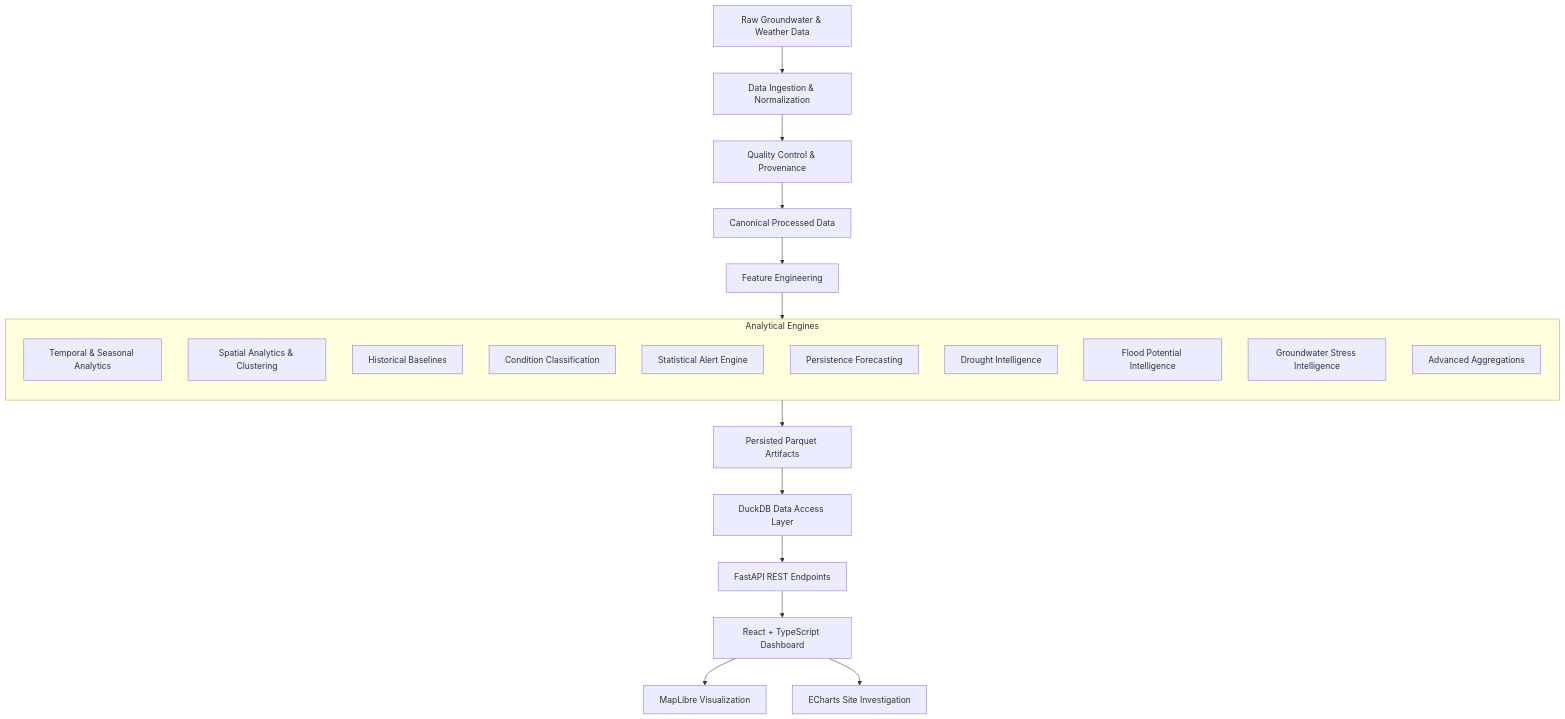
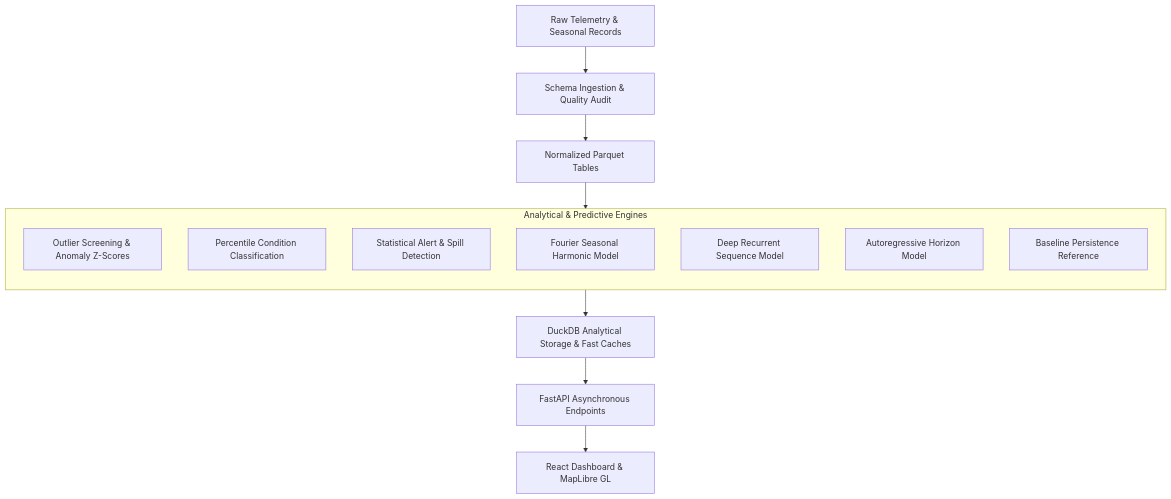
The diagram in README.md (SSujal-Pawarr/groundwater), drawn with Mermaid before and after one commit. The commit also changed other lines of this file and 44 other files, not shown here.

````diff
--- a/README.md
+++ b/README.md
@@ -109,31 +69,21 @@
 ```mermaid
 flowchart TB
-    RAW_DATA[Raw Groundwater & Weather Data] --> INGESTION[Data Ingestion & Normalization]
-    INGESTION --> QUALITY[Quality Control & Provenance]
-    QUALITY --> PROCESSED[Canonical Processed Data]
-    PROCESSED --> FEATURES[Feature Engineering]
+    RAW[Raw Telemetry & Seasonal Records] --> INGEST[Schema Ingestion & Quality Audit]
+    INGEST --> NORM[Normalized Parquet Tables]
+    NORM --> ENGINES
     
-    FEATURES --> AE_SUB
-    
-    subgraph AE_SUB [Analytical Engines]
+    subgraph ENGINES [Analytical & Predictive Engines]
         direction TB
-        TEMP[Temporal & Seasonal Analytics]
-        SPATIAL[Spatial Analytics & Clustering]
-        BASE[Historical Baselines]
-        COND[Condition Classification]
-        ALERT[Statistical Alert Engine]
-        PERSIST[Persistence Forecasting]
-        DROUGHT[Drought Intelligence]
-        FLOOD[Flood Potential Intelligence]
-        STRESS[Groundwater Stress Intelligence]
-        ADV[Advanced Aggregations]
+        QC[Outlier Screening & Anomaly Z-Scores]
+        COND[Percentile Condition Classification]
+        ALERTS[Statistical Alert & Spill Detection]
+        HARM[Fourier Seasonal Harmonic Model]
+        LSTM[Deep Recurrent Sequence Model]
+        CHAIN[Autoregressive Horizon Model]
+        PERSIST[Baseline Persistence Reference]
     end
     
-    AE_SUB --> ARTIFACTS[Persisted Parquet Artifacts]
-    ARTIFACTS --> DUCKDB[DuckDB Data Access Layer]
-    DUCKDB --> FASTAPI[FastAPI REST Endpoints]
-    FASTAPI --> REACT[React + TypeScript Dashboard]
-    
-    REACT --> MAP[MapLibre Visualization]
-    REACT --> CHARTS[ECharts Site Investigation]
+    ENGINES --> DUCKDB[DuckDB Analytical Storage & Fast Caches]
+    DUCKDB --> API[FastAPI Asynchronous Endpoints]
+    API --> UI[React Dashboard & MapLibre GL]
 ```
````
